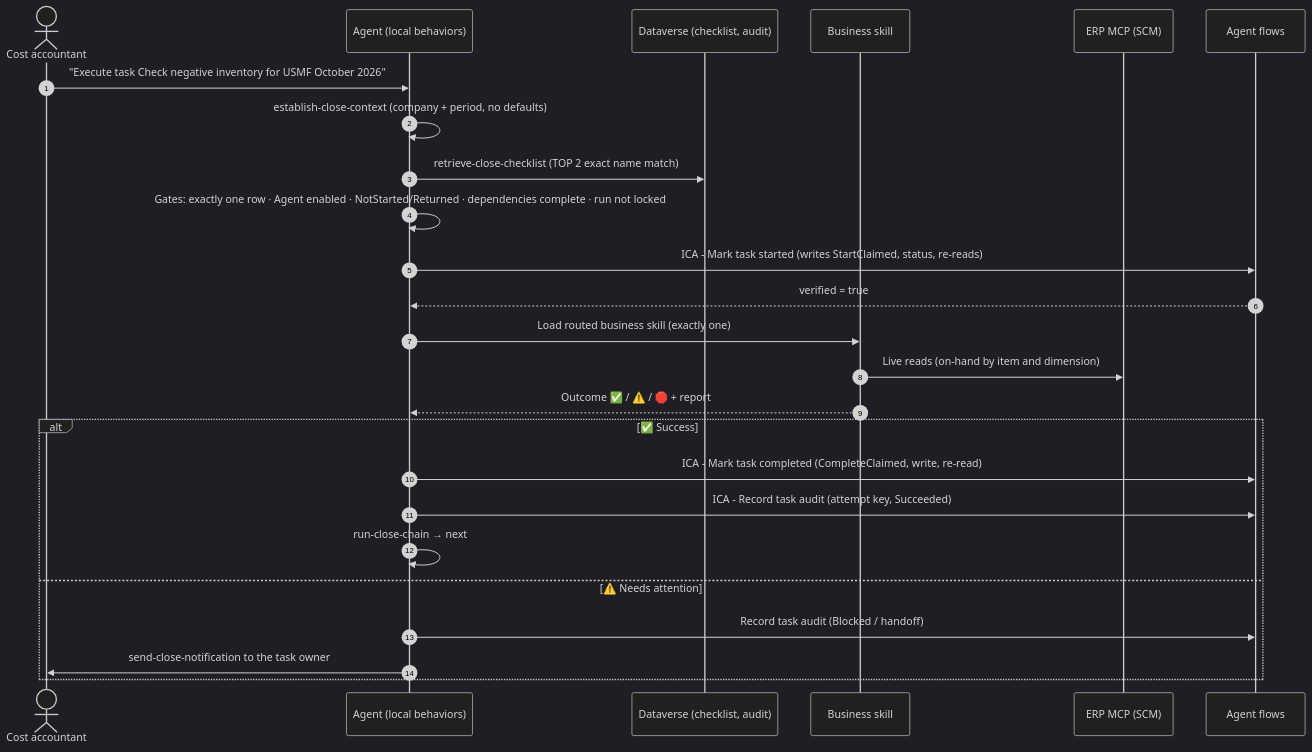
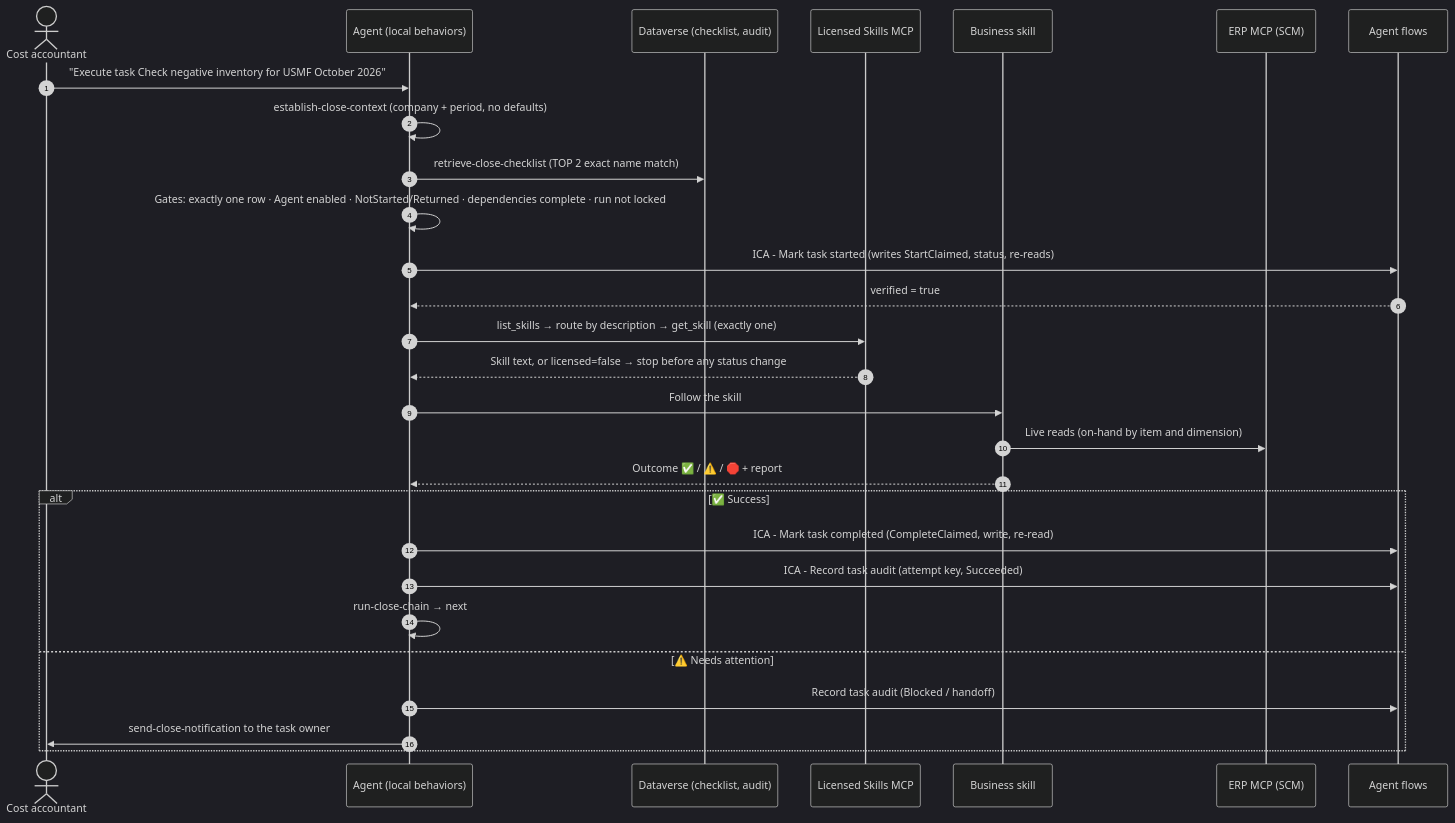
Before and after one commit to arvidsto/D365_Agents: the third of 3 diagrams in samples/inventory-close-agent/README.md, drawn with Mermaid (dark theme). The commit also changed other lines of this file and 62 other files, not shown here.

First line of the commit message:
Add licensed skills service and serve both samples' business skills from it

````diff
--- a/samples/inventory-close-agent/README.md
+++ b/samples/inventory-close-agent/README.md
@@ -157,28 +159,31 @@
 ```mermaid
 sequenceDiagram
     autonumber
     actor U as Cost accountant
     participant A as Agent (local behaviors)
     participant DV as Dataverse (checklist, audit)
+    participant L as Licensed Skills MCP
     participant S as Business skill
     participant ERP as ERP MCP (SCM)
     participant F as Agent flows
 
     U->>A: "Execute task Check negative inventory for USMF October 2026"
     A->>A: establish-close-context (company + period, no defaults)
     A->>DV: retrieve-close-checklist (TOP 2 exact name match)
     A->>A: Gates: exactly one row · Agent enabled · NotStarted/Returned · dependencies complete · run not locked
     A->>F: ICA - Mark task started (writes StartClaimed, status, re-reads)
     F-->>A: verified = true
-    A->>S: Load routed business skill (exactly one)
+    A->>L: list_skills → route by description → get_skill (exactly one)
+    L-->>A: Skill text, or licensed=false → stop before any status change
+    A->>S: Follow the skill
     S->>ERP: Live reads (on-hand by item and dimension)
     S-->>A: Outcome ✅ / ⚠️ / 🛑 + report
     alt ✅ Success
         A->>F: ICA - Mark task completed (CompleteClaimed, write, re-read)
         A->>F: ICA - Record task audit (attempt key, Succeeded)
         A->>A: run-close-chain → next #autostart task
     else ⚠️ Needs attention
         A->>F: Record task audit (Blocked / handoff)
         A->>U: send-close-notification to the task owner
     end
 ```
````
